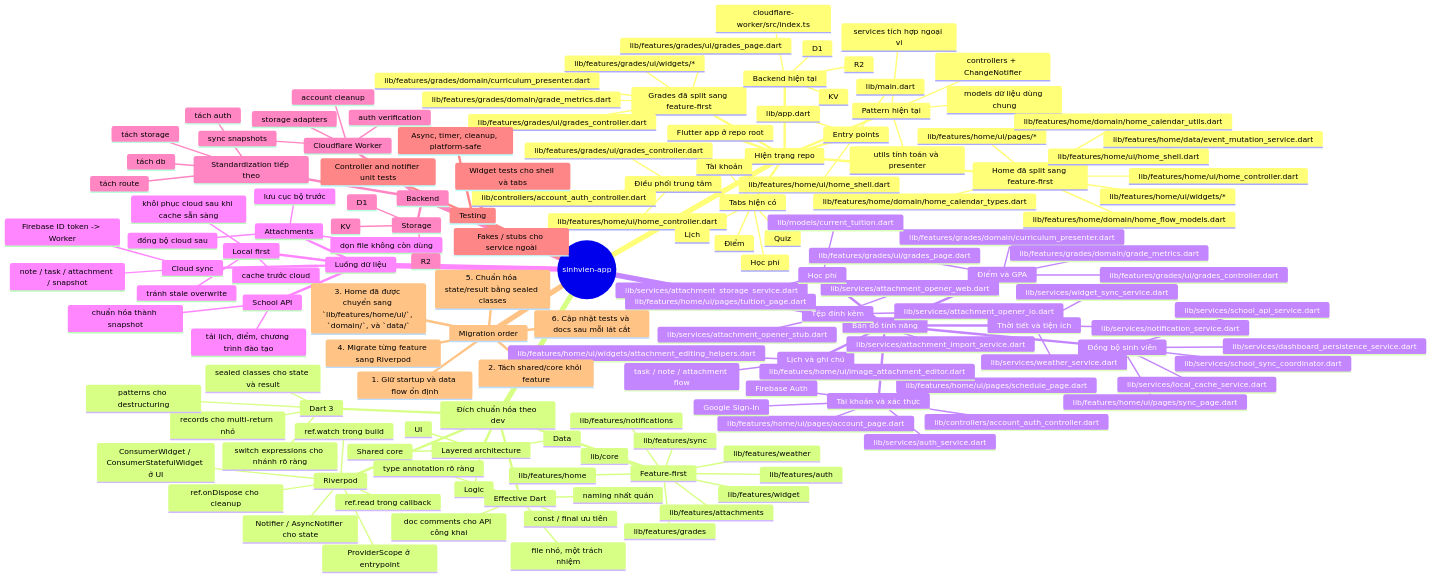
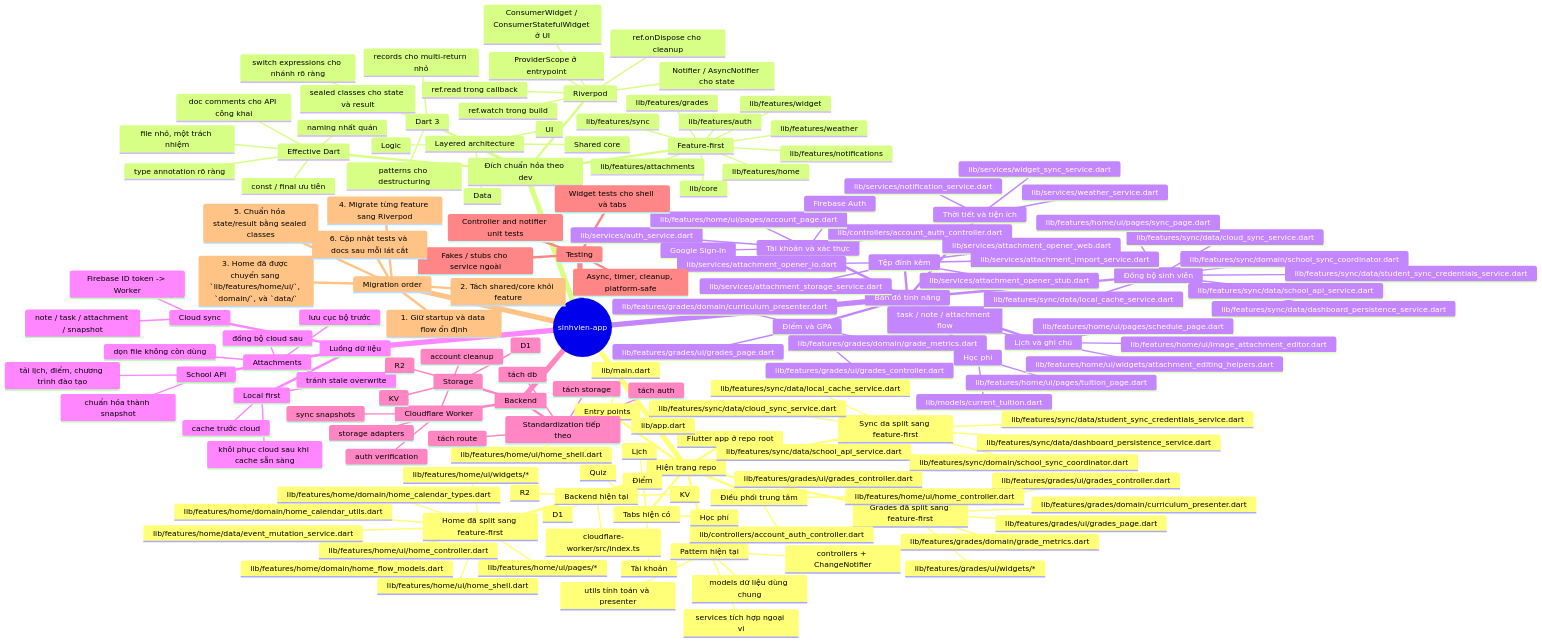
One commit to phillnolan/test_app changed the diagram in docs/project-standardization-mindmap.md. Above: the diagram before and after it, drawn with Mermaid. The commit also changed 14 other files, not shown here.

Commit message:
Migrate sync sang feature-first.

```diff
--- a/docs/project-standardization-mindmap.md
+++ b/docs/project-standardization-mindmap.md
@@ -34,6 +34,14 @@
         lib/features/grades/ui/widgets/*
         lib/features/grades/domain/curriculum_presenter.dart
         lib/features/grades/domain/grade_metrics.dart
+
+      Sync da split sang feature-first
+        lib/features/sync/data/cloud_sync_service.dart
+        lib/features/sync/data/dashboard_persistence_service.dart
+        lib/features/sync/data/local_cache_service.dart
+        lib/features/sync/data/school_api_service.dart
+        lib/features/sync/data/student_sync_credentials_service.dart
+        lib/features/sync/domain/school_sync_coordinator.dart
       Điều phối trung tâm
         lib/features/home/ui/home_controller.dart
         lib/features/grades/ui/grades_controller.dart
@@ -98,11 +106,14 @@
         lib/features/grades/ui/grades_controller.dart
         lib/features/grades/domain/curriculum_presenter.dart
         lib/features/grades/domain/grade_metrics.dart
+
       Đồng bộ sinh viên
-        lib/services/school_api_service.dart
-        lib/services/school_sync_coordinator.dart
-        lib/services/local_cache_service.dart
-        lib/services/dashboard_persistence_service.dart
+        lib/features/sync/data/school_api_service.dart
+        lib/features/sync/domain/school_sync_coordinator.dart
+        lib/features/sync/data/local_cache_service.dart
+        lib/features/sync/data/dashboard_persistence_service.dart
+        lib/features/sync/data/cloud_sync_service.dart
+        lib/features/sync/data/student_sync_credentials_service.dart
         lib/features/home/ui/pages/sync_page.dart
       Tài khoản và xác thực
         lib/controllers/account_auth_controller.dart
```
